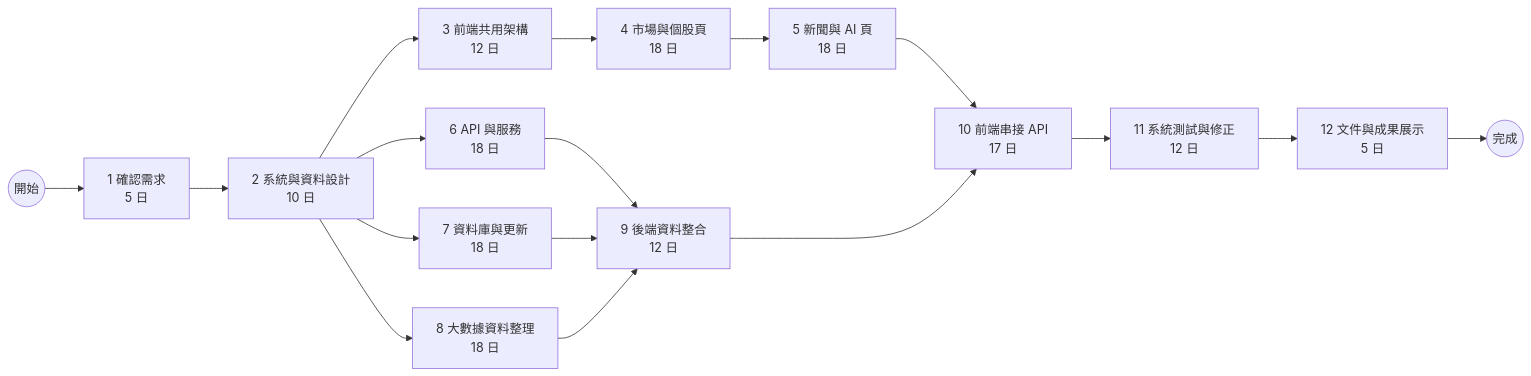
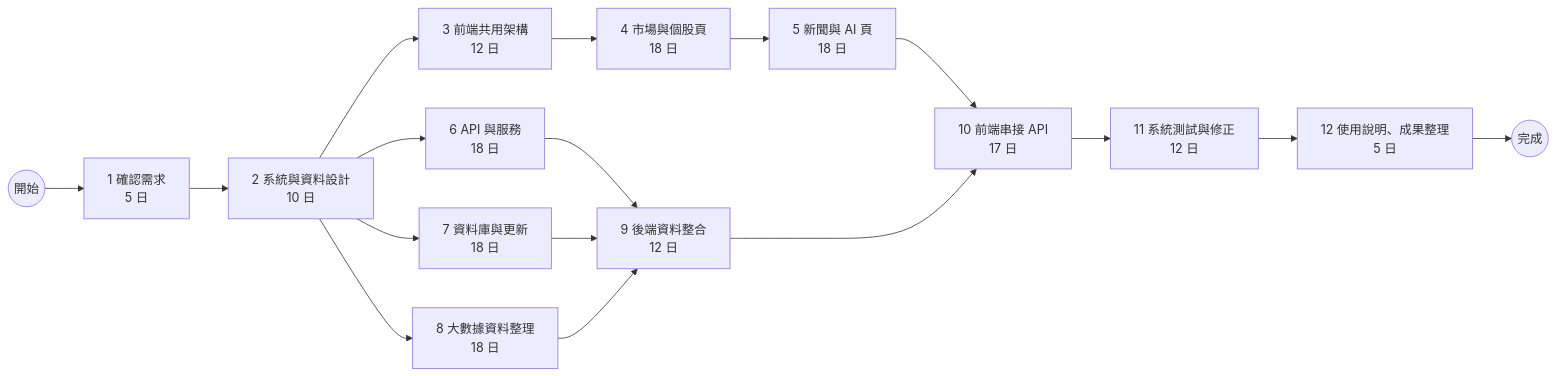
Before and after one commit to c113118204-cpu/Teamproject: the second of 2 diagrams in hw2.md, drawn with Mermaid. The commit also changed other lines of this file, not shown here.

````diff
--- a/hw2.md
+++ b/hw2.md
@@ -63,19 +67,19 @@
 ```mermaid
 flowchart LR
     S((開始)) --> T1[1 確認需求<br/>5 日]
     T1 --> T2[2 系統與資料設計<br/>10 日]
     T2 --> T3[3 前端共用架構<br/>12 日]
     T3 --> T4[4 市場與個股頁<br/>18 日]
     T4 --> T5[5 新聞與 AI 頁<br/>18 日]
     T2 --> T6[6 API 與服務<br/>18 日]
     T2 --> T7[7 資料庫與更新<br/>18 日]
     T2 --> T8[8 大數據資料整理<br/>18 日]
     T6 --> T9[9 後端資料整合<br/>12 日]
     T7 --> T9
     T8 --> T9
     T5 --> T10[10 前端串接 API<br/>17 日]
     T9 --> T10
     T10 --> T11[11 系統測試與修正<br/>12 日]
-    T11 --> T12[12 文件與成果展示<br/>5 日]
+    T11 --> T12[12 使用說明、成果整理 <br/>5 日]
     T12 --> F((完成))
 ```
````
